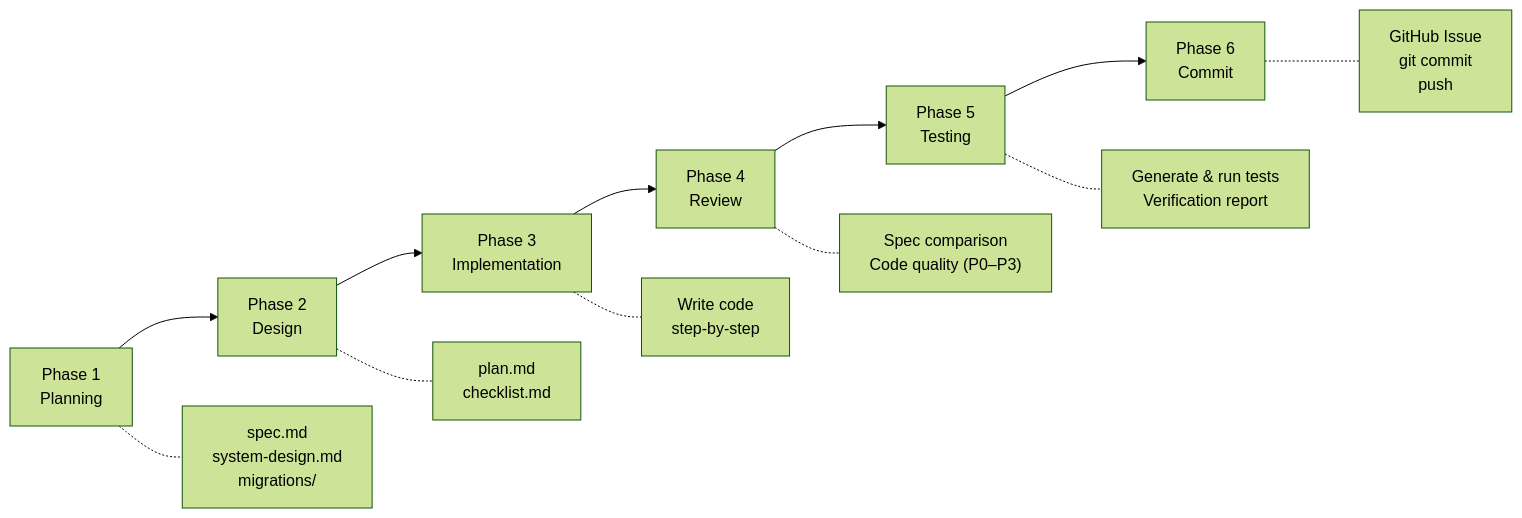
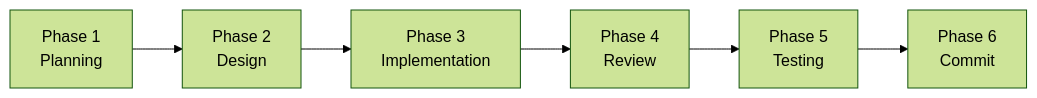
Before and after one commit to jrkim-kr/ai-dev-workflow: the first of 2 diagrams in README.md, drawn with Mermaid (forest theme). The commit also changed other lines of this file and 1 other file, not shown here.

First line of the commit message:
refactor: streamline README and sync issue-commit skill

````diff
--- a/README.md
+++ b/README.md
@@ -79,15 +16,8 @@
 ```mermaid
 flowchart LR
     P1["Phase 1<br/>Planning"] --> P2["Phase 2<br/>Design"]
     P2 --> P3["Phase 3<br/>Implementation"]
     P3 --> P4["Phase 4<br/>Review"]
     P4 --> P5["Phase 5<br/>Testing"]
     P5 --> P6["Phase 6<br/>Commit"]
-
-    P1 -.- D1["spec.md<br/>system-design.md<br/>migrations/"]
-    P2 -.- D2["plan.md<br/>checklist.md"]
-    P3 -.- D3["Write code<br/>step-by-step"]
-    P4 -.- D4["Spec comparison<br/>Code quality (P0–P3)"]
-    P5 -.- D5["Generate & run tests<br/>Verification report"]
-    P6 -.- D6["GitHub Issue<br/>git commit<br/>push"]
 ```
````
